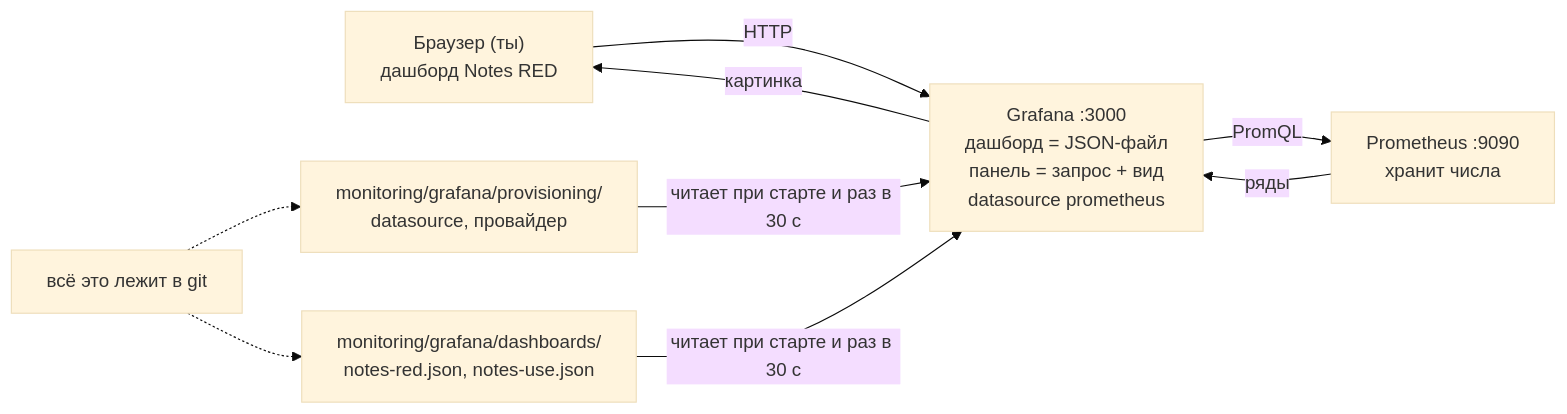
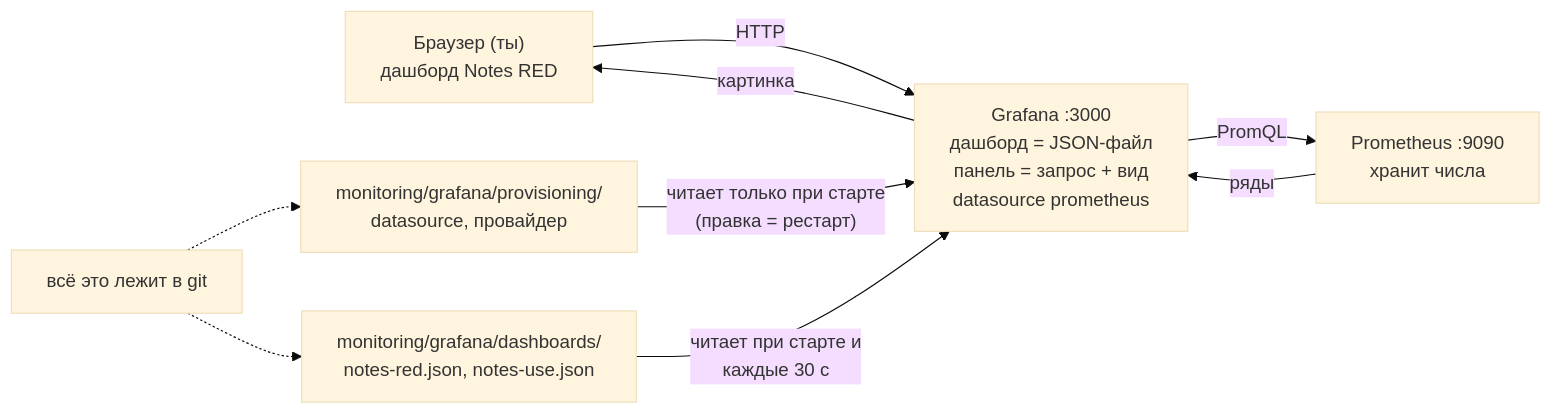
One commit to distinguished-sre/learning changed the first of 2 diagrams in devops/08-observability/06-grafana-dashboards.md. Above: the diagram before and after it, drawn with Mermaid (base theme). The commit also changed other lines of this file and 462 other files, not shown here.

````diff
--- a/devops/08-observability/06-grafana-dashboards.md
+++ b/devops/08-observability/06-grafana-dashboards.md
@@ -36,11 +36,11 @@
 ```mermaid
 flowchart LR
     BR["Браузер (ты)<br>дашборд Notes RED"] -->|HTTP| GR["Grafana :3000<br>дашборд = JSON-файл<br>панель = запрос + вид<br>datasource prometheus"]
     GR -->|PromQL| PR["Prometheus :9090<br>хранит числа"]
     PR -->|"ряды"| GR
     GR -->|картинка| BR
-    PV["monitoring/grafana/provisioning/<br>datasource, провайдер"] -->|"читает при старте и раз в 30 с"| GR
-    DB["monitoring/grafana/dashboards/<br>notes-red.json, notes-use.json"] -->|"читает при старте и раз в 30 с"| GR
+    PV["monitoring/grafana/provisioning/<br>datasource, провайдер"] -->|"читает только при старте<br>(правка = рестарт)"| GR
+    DB["monitoring/grafana/dashboards/<br>notes-red.json, notes-use.json"] -->|"читает при старте и<br>каждые 30 с"| GR
     GIT["всё это лежит в git"] -.-> PV
     GIT -.-> DB
 ```
````
